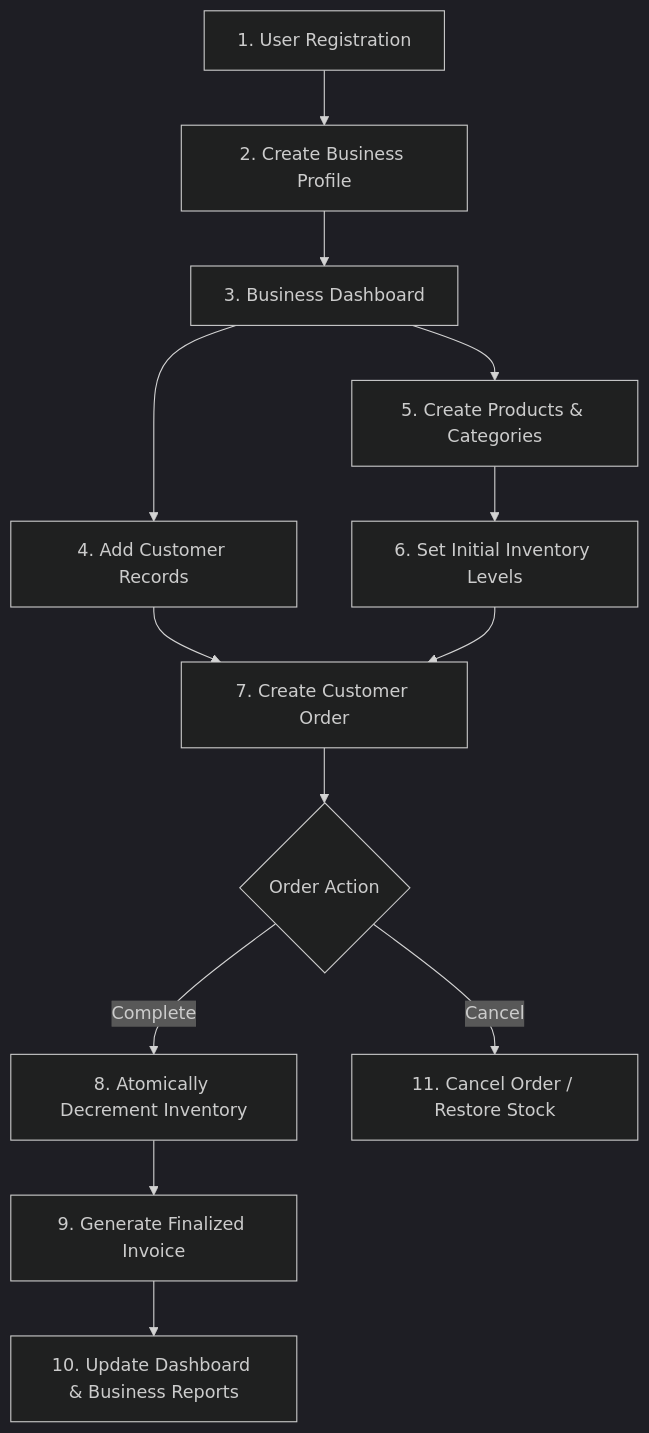
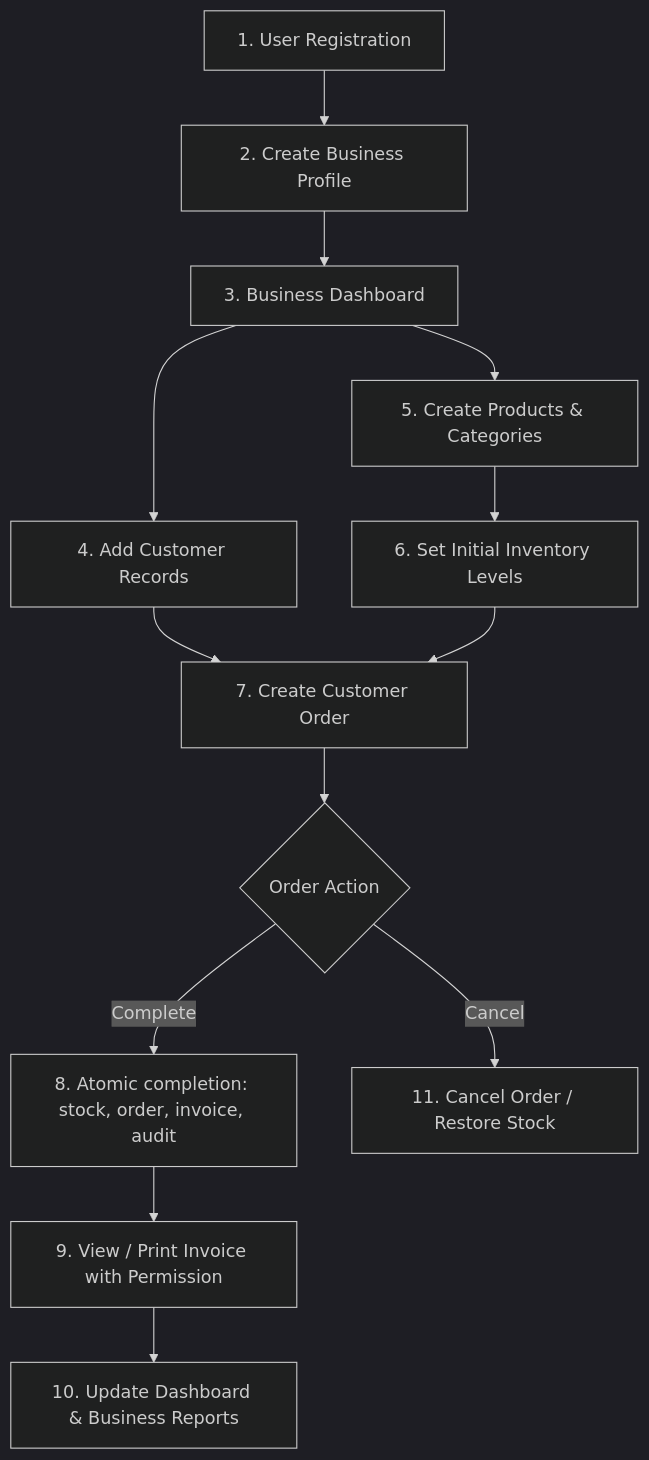
Before and after one commit to salih-x-tech/bizflow: the first of 7 diagrams in PROJECT.md, drawn with Mermaid (dark theme). The commit also changed other lines of this file, not shown here.

````diff
--- a/PROJECT.md
+++ b/PROJECT.md
@@ -49,15 +87,16 @@
 ```mermaid
 graph TD
     A[1. User Registration] --> B[2. Create Business Profile]
     B --> C[3. Business Dashboard]
     C --> D[4. Add Customer Records]
     C --> E[5. Create Products & Categories]
     E --> F[6. Set Initial Inventory Levels]
     D --> G[7. Create Customer Order]
     F --> G
     G --> H{Order Action}
-    H -- Complete --> I[8. Atomically Decrement Inventory]
-    I --> J[9. Generate Finalized Invoice]
+    H -- Complete --> I["8. Atomic completion: stock, order, invoice, audit"]
+    I --> J["9. View / Print Invoice with Permission"]
     J --> K[10. Update Dashboard & Business Reports]
     H -- Cancel --> L[11. Cancel Order / Restore Stock]
+
 ```
````
